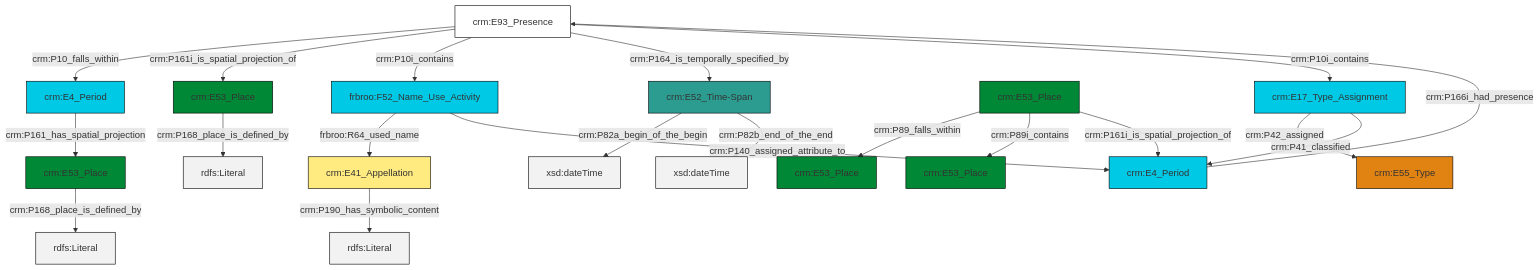
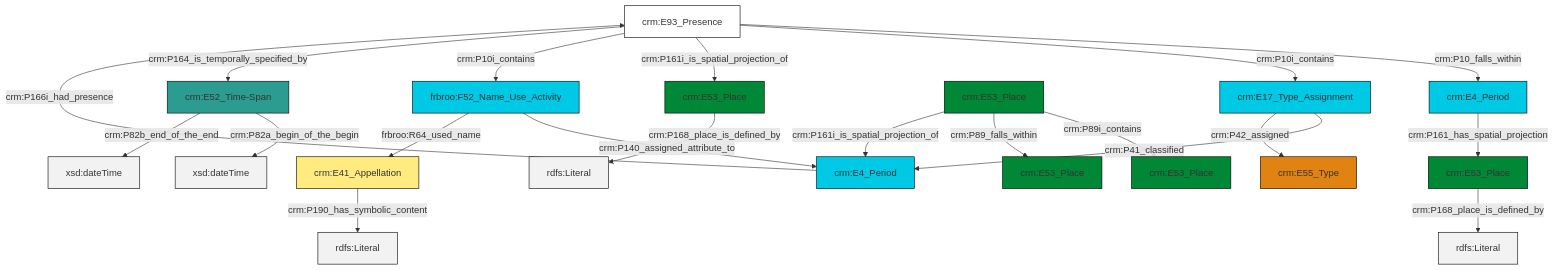
Before and after one commit to swiss-art-research-net/docs.swissartresearch: the diagram in et/placeCSV/ttl/mmd/place_parthood.ttl.mmd, drawn with Mermaid. The commit also changed 179 other files, not shown here.

```diff
--- a/et/placeCSV/ttl/mmd/place_parthood.ttl.mmd
+++ b/et/placeCSV/ttl/mmd/place_parthood.ttl.mmd
@@ -1,34 +1,34 @@
 graph TD
 classDef Literal fill:#f2f2f2,stroke:#000000;
 classDef CRM_Entity fill:#FFFFFF,stroke:#000000;
 classDef Temporal_Entity fill:#00C9E6, stroke:#000000;
 classDef Type fill:#E18312, stroke:#000000;
 classDef Time-Span fill:#2C9C91, stroke:#000000;
 classDef Appellation fill:#FFEB7F, stroke:#000000;
 classDef Place fill:#008836, stroke:#000000;
 classDef Persistent_Item fill:#B266B2, stroke:#000000;
 classDef Conceptual_Object fill:#FFD700, stroke:#000000;
 classDef Physical_Thing fill:#D2B48C, stroke:#000000;
 classDef Actor fill:#f58aad, stroke:#000000;
 classDef PC_Classes fill:#4ce600, stroke:#000000;
 classDef Multi fill:#cccccc,stroke:#000000;
 
-0["crm:E4_Period"]:::Temporal_Entity -->|crm:P161_has_spatial_projection| 1["crm:E53_Place"]:::Place
-2["crm:E93_Presence"]:::CRM_Entity -->|crm:P10_falls_within| 0["crm:E4_Period"]:::Temporal_Entity
-3["crm:E53_Place"]:::Place -->|crm:P168_place_is_defined_by| 4[rdfs:Literal]:::Literal
-11["frbroo:F52_Name_Use_Activity"]:::Temporal_Entity -->|frbroo:R64_used_name| 12["crm:E41_Appellation"]:::Appellation
-13["crm:E17_Type_Assignment"]:::Temporal_Entity -->|crm:P42_assigned| 14["crm:E55_Type"]:::Type
-5["crm:E4_Period"]:::Temporal_Entity -->|crm:P166i_had_presence| 2["crm:E93_Presence"]:::CRM_Entity
-2["crm:E93_Presence"]:::CRM_Entity -->|crm:P161i_is_spatial_projection_of| 3["crm:E53_Place"]:::Place
-2["crm:E93_Presence"]:::CRM_Entity -->|crm:P10i_contains| 11["frbroo:F52_Name_Use_Activity"]:::Temporal_Entity
-15["crm:E53_Place"]:::Place -->|crm:P89_falls_within| 7["crm:E53_Place"]:::Place
-11["frbroo:F52_Name_Use_Activity"]:::Temporal_Entity -->|crm:P140_assigned_attribute_to| 5["crm:E4_Period"]:::Temporal_Entity
-17["crm:E52_Time-Span"]:::Time-Span -->|crm:P82a_begin_of_the_begin| 18[xsd:dateTime]:::Literal
-2["crm:E93_Presence"]:::CRM_Entity -->|crm:P164_is_temporally_specified_by| 17["crm:E52_Time-Span"]:::Time-Span
-1["crm:E53_Place"]:::Place -->|crm:P168_place_is_defined_by| 19[rdfs:Literal]:::Literal
-15["crm:E53_Place"]:::Place -->|crm:P89i_contains| 9["crm:E53_Place"]:::Place
-13["crm:E17_Type_Assignment"]:::Temporal_Entity -->|crm:P41_classified| 5["crm:E4_Period"]:::Temporal_Entity
-2["crm:E93_Presence"]:::CRM_Entity -->|crm:P10i_contains| 13["crm:E17_Type_Assignment"]:::Temporal_Entity
-12["crm:E41_Appellation"]:::Appellation -->|crm:P190_has_symbolic_content| 23[rdfs:Literal]:::Literal
-15["crm:E53_Place"]:::Place -->|crm:P161i_is_spatial_projection_of| 5["crm:E4_Period"]:::Temporal_Entity
-17["crm:E52_Time-Span"]:::Time-Span -->|crm:P82b_end_of_the_end| 29[xsd:dateTime]:::Literal
+2["crm:E93_Presence"]:::CRM_Entity -->|crm:P10_falls_within| 3["crm:E4_Period"]:::Temporal_Entity
+4["crm:E52_Time-Span"]:::Time-Span -->|crm:P82a_begin_of_the_begin| 5[xsd:dateTime]:::Literal
+6["crm:E4_Period"]:::Temporal_Entity -->|crm:P166i_had_presence| 2["crm:E93_Presence"]:::CRM_Entity
+2["crm:E93_Presence"]:::CRM_Entity -->|crm:P10i_contains| 7["crm:E17_Type_Assignment"]:::Temporal_Entity
+7["crm:E17_Type_Assignment"]:::Temporal_Entity -->|crm:P41_classified| 6["crm:E4_Period"]:::Temporal_Entity
+10["crm:E53_Place"]:::Place -->|crm:P89i_contains| 11["crm:E53_Place"]:::Place
+4["crm:E52_Time-Span"]:::Time-Span -->|crm:P82b_end_of_the_end| 12[xsd:dateTime]:::Literal
+16["crm:E53_Place"]:::Place -->|crm:P168_place_is_defined_by| 18[rdfs:Literal]:::Literal
+7["crm:E17_Type_Assignment"]:::Temporal_Entity -->|crm:P42_assigned| 19["crm:E55_Type"]:::Type
+23["frbroo:F52_Name_Use_Activity"]:::Temporal_Entity -->|crm:P140_assigned_attribute_to| 6["crm:E4_Period"]:::Temporal_Entity
+10["crm:E53_Place"]:::Place -->|crm:P89_falls_within| 8["crm:E53_Place"]:::Place
+0["crm:E53_Place"]:::Place -->|crm:P168_place_is_defined_by| 25[rdfs:Literal]:::Literal
+26["crm:E41_Appellation"]:::Appellation -->|crm:P190_has_symbolic_content| 27[rdfs:Literal]:::Literal
+10["crm:E53_Place"]:::Place -->|crm:P161i_is_spatial_projection_of| 6["crm:E4_Period"]:::Temporal_Entity
+23["frbroo:F52_Name_Use_Activity"]:::Temporal_Entity -->|frbroo:R64_used_name| 26["crm:E41_Appellation"]:::Appellation
+2["crm:E93_Presence"]:::CRM_Entity -->|crm:P161i_is_spatial_projection_of| 0["crm:E53_Place"]:::Place
+3["crm:E4_Period"]:::Temporal_Entity -->|crm:P161_has_spatial_projection| 16["crm:E53_Place"]:::Place
+2["crm:E93_Presence"]:::CRM_Entity -->|crm:P10i_contains| 23["frbroo:F52_Name_Use_Activity"]:::Temporal_Entity
+2["crm:E93_Presence"]:::CRM_Entity -->|crm:P164_is_temporally_specified_by| 4["crm:E52_Time-Span"]:::Time-Span
```
